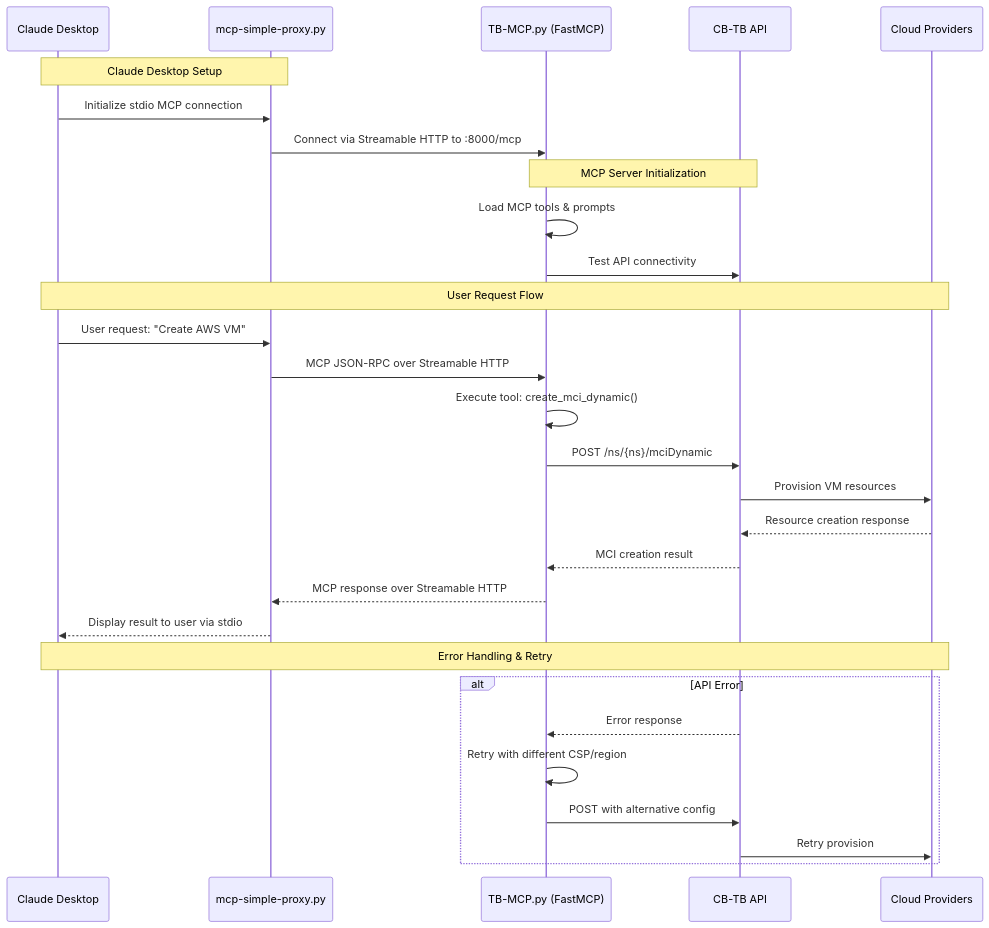
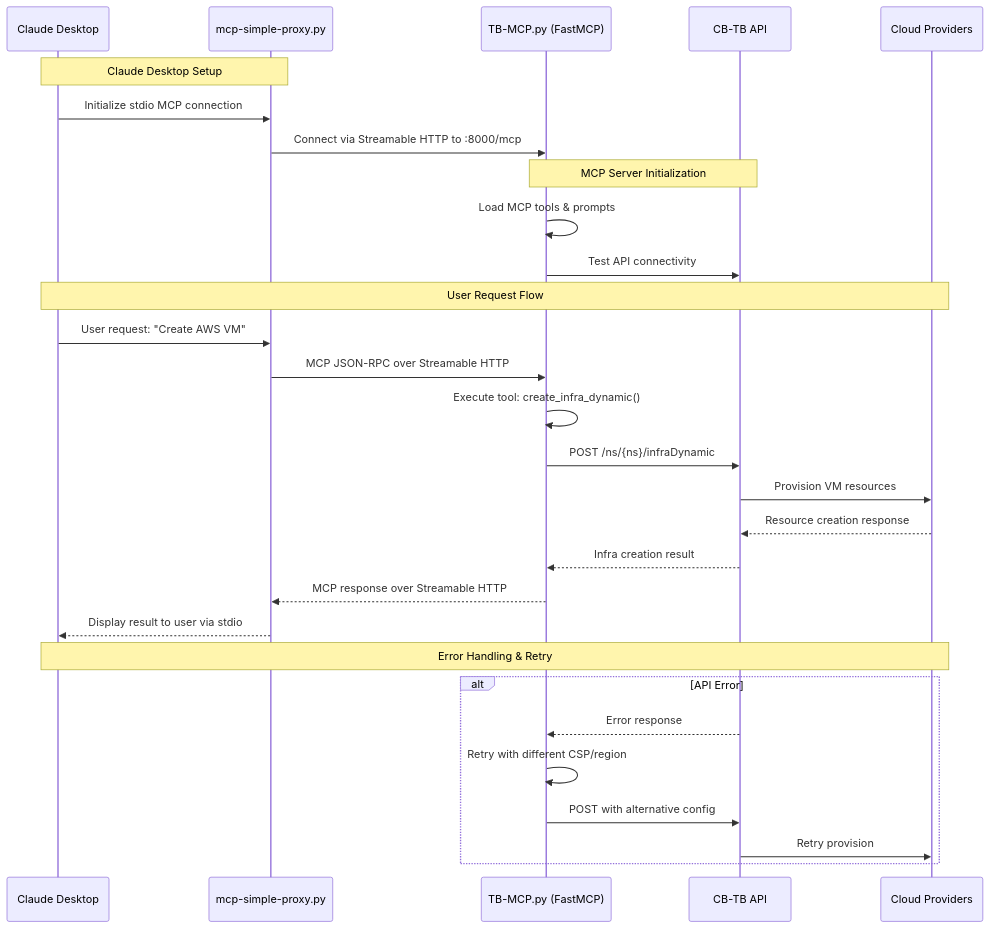
Before and after one commit to cloud-barista/cb-tumblebug: the second of 7 diagrams in src/interface/mcp/architecture.md, drawn with Mermaid. The commit also changed other lines of this file and 197 other files, not shown here.

````diff
--- a/src/interface/mcp/architecture.md
+++ b/src/interface/mcp/architecture.md
@@ -85,36 +85,36 @@
 ```mermaid
 sequenceDiagram
     participant C as Claude Desktop
     participant P as mcp-simple-proxy.py
     participant TB as TB-MCP.py (FastMCP)
     participant API as CB-TB API
     participant CSP as Cloud Providers
     
     Note over C,P: Claude Desktop Setup
     C->>P: Initialize stdio MCP connection
     P->>TB: Connect via Streamable HTTP to :8000/mcp
     
     Note over TB,API: MCP Server Initialization
     TB->>TB: Load MCP tools & prompts
     TB->>API: Test API connectivity
     
     Note over C,CSP: User Request Flow
     C->>P: User request: "Create AWS VM"
     P->>TB: MCP JSON-RPC over Streamable HTTP
-    TB->>TB: Execute tool: create_mci_dynamic()
+    TB->>TB: Execute tool: create_infra_dynamic()
     
-    TB->>API: POST /ns/{ns}/mciDynamic
+    TB->>API: POST /ns/{ns}/infraDynamic
     API->>CSP: Provision VM resources
     CSP-->>API: Resource creation response
-    API-->>TB: MCI creation result
+    API-->>TB: Infra creation result
     TB-->>P: MCP response over Streamable HTTP
     P-->>C: Display result to user via stdio
     
     Note over C,CSP: Error Handling & Retry
     alt API Error
         API-->>TB: Error response
         TB->>TB: Retry with different CSP/region
         TB->>API: POST with alternative config
         API->>CSP: Retry provision
     end
 ```
````
